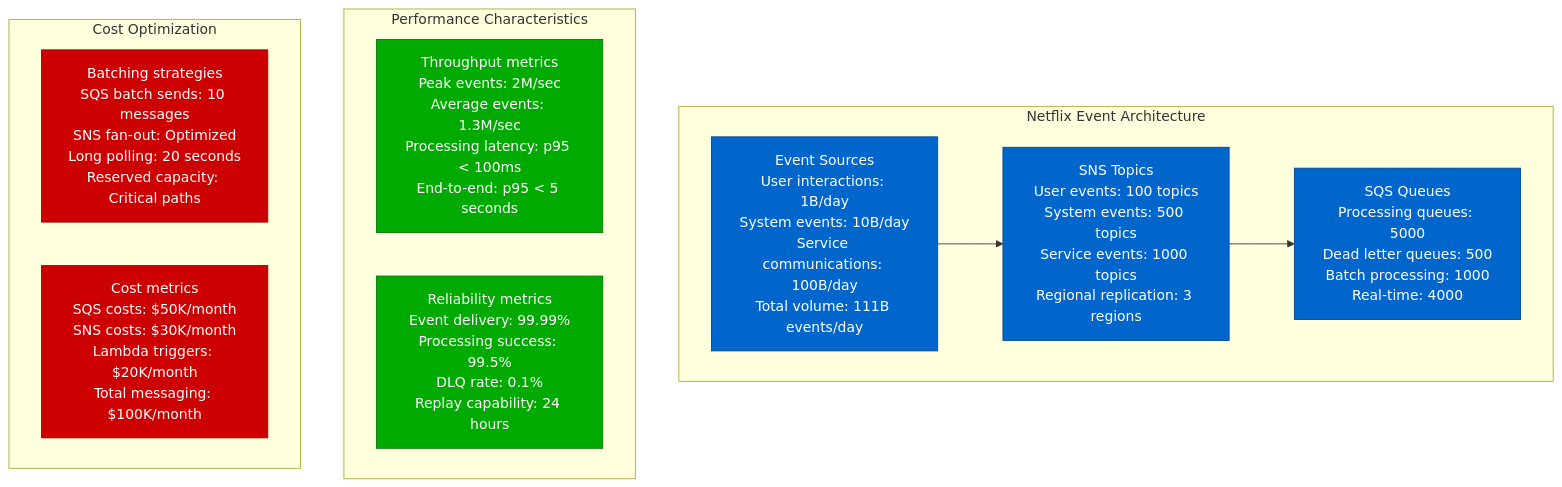
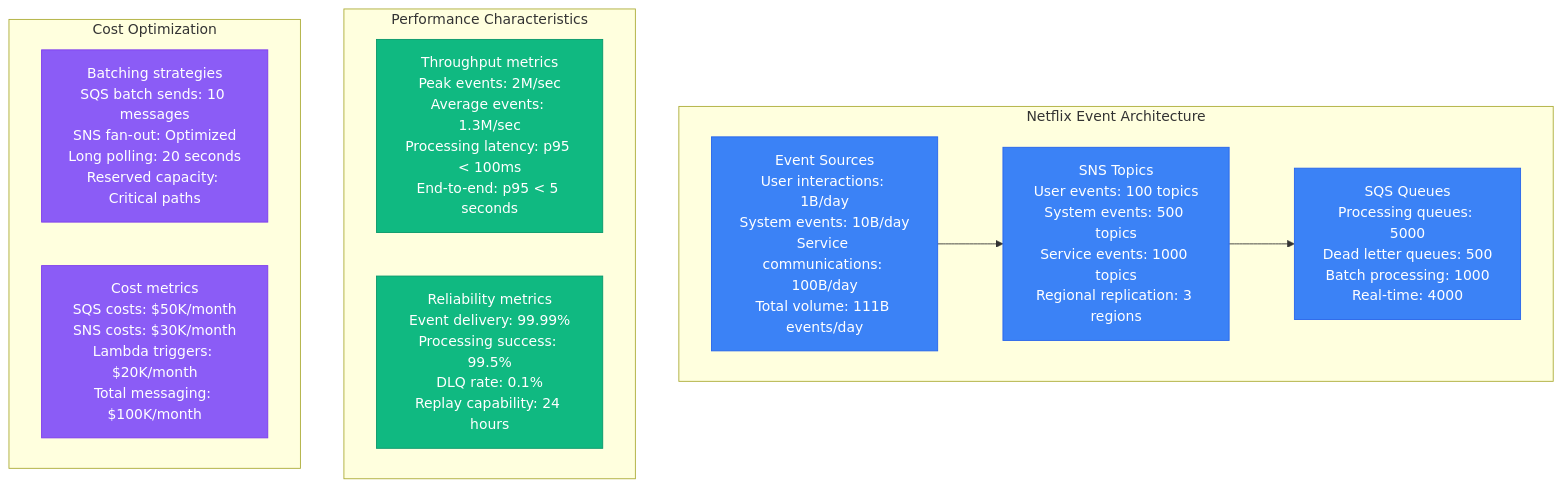
One commit to deepaucksharma/DS changed the tenth of 13 diagrams in site/docs/performance/sqs-sns-performance-profile.md. Above: the diagram before and after it, drawn with Mermaid. The commit also changed other lines of this file and 303 other files, not shown here.

````diff
--- a/site/docs/performance/sqs-sns-performance-profile.md
+++ b/site/docs/performance/sqs-sns-performance-profile.md
@@ -364,34 +364,34 @@
 ```mermaid
 graph TB
     subgraph "Netflix Event Architecture"
         EVENTS[Event Sources<br/>User interactions: 1B/day<br/>System events: 10B/day<br/>Service communications: 100B/day<br/>Total volume: 111B events/day]
 
         SNS_TOPICS[SNS Topics<br/>User events: 100 topics<br/>System events: 500 topics<br/>Service events: 1000 topics<br/>Regional replication: 3 regions]
 
         SQS_QUEUES[SQS Queues<br/>Processing queues: 5000<br/>Dead letter queues: 500<br/>Batch processing: 1000<br/>Real-time: 4000]
 
         EVENTS --> SNS_TOPICS
         SNS_TOPICS --> SQS_QUEUES
     end
 
     subgraph "Performance Characteristics"
         PERF1[Throughput metrics<br/>Peak events: 2M/sec<br/>Average events: 1.3M/sec<br/>Processing latency: p95 < 100ms<br/>End-to-end: p95 < 5 seconds]
 
         PERF2[Reliability metrics<br/>Event delivery: 99.99%<br/>Processing success: 99.5%<br/>DLQ rate: 0.1%<br/>Replay capability: 24 hours]
     end
 
     subgraph "Cost Optimization"
         COST1[Batching strategies<br/>SQS batch sends: 10 messages<br/>SNS fan-out: Optimized<br/>Long polling: 20 seconds<br/>Reserved capacity: Critical paths]
 
         COST2[Cost metrics<br/>SQS costs: $50K/month<br/>SNS costs: $30K/month<br/>Lambda triggers: $20K/month<br/>Total messaging: $100K/month]
     end
 
-    classDef eventStyle fill:#0066CC,stroke:#004499,color:#fff
-    classDef serviceStyle fill:#FF8800,stroke:#CC6600,color:#fff
-    classDef perfStyle fill:#00AA00,stroke:#007700,color:#fff
-    classDef costStyle fill:#CC0000,stroke:#990000,color:#fff
+    classDef eventStyle fill:#3B82F6,stroke:#2563EB,color:#fff
+    classDef serviceStyle fill:#F59E0B,stroke:#D97706,color:#fff
+    classDef perfStyle fill:#10B981,stroke:#059669,color:#fff
+    classDef costStyle fill:#8B5CF6,stroke:#7C3AED,color:#fff
 
     class EVENTS,SNS_TOPICS,SQS_QUEUES eventStyle
     class PERF1,PERF2 perfStyle
     class COST1,COST2 costStyle
 ```
````
